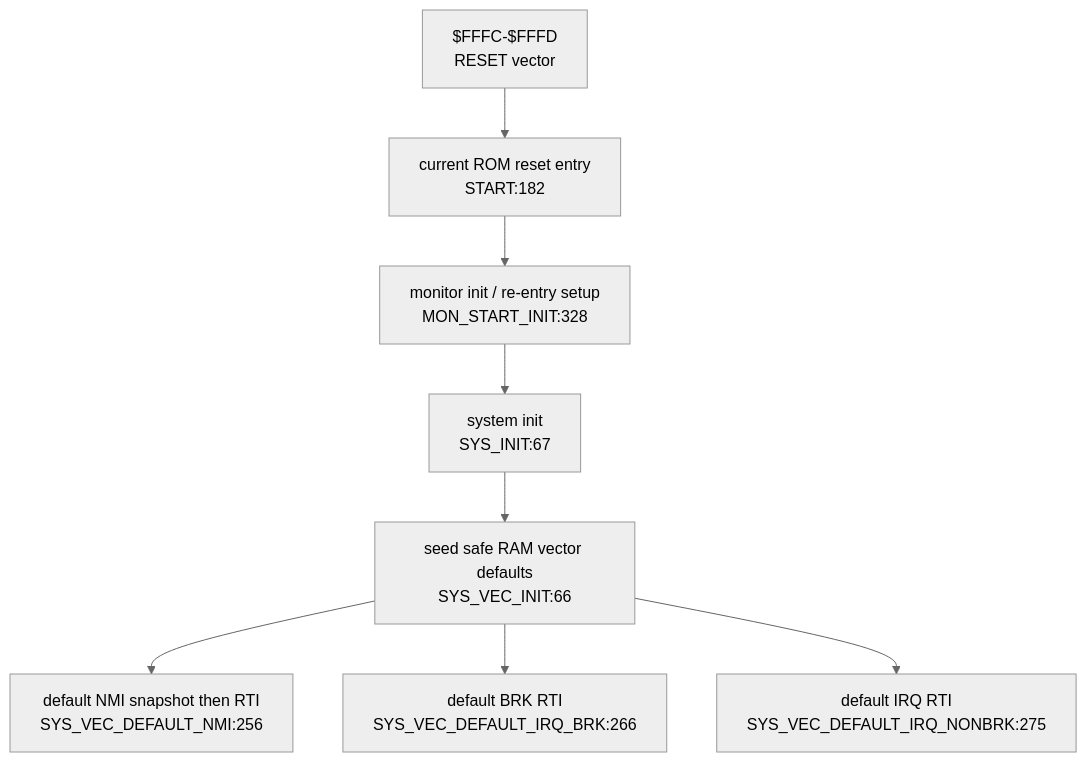
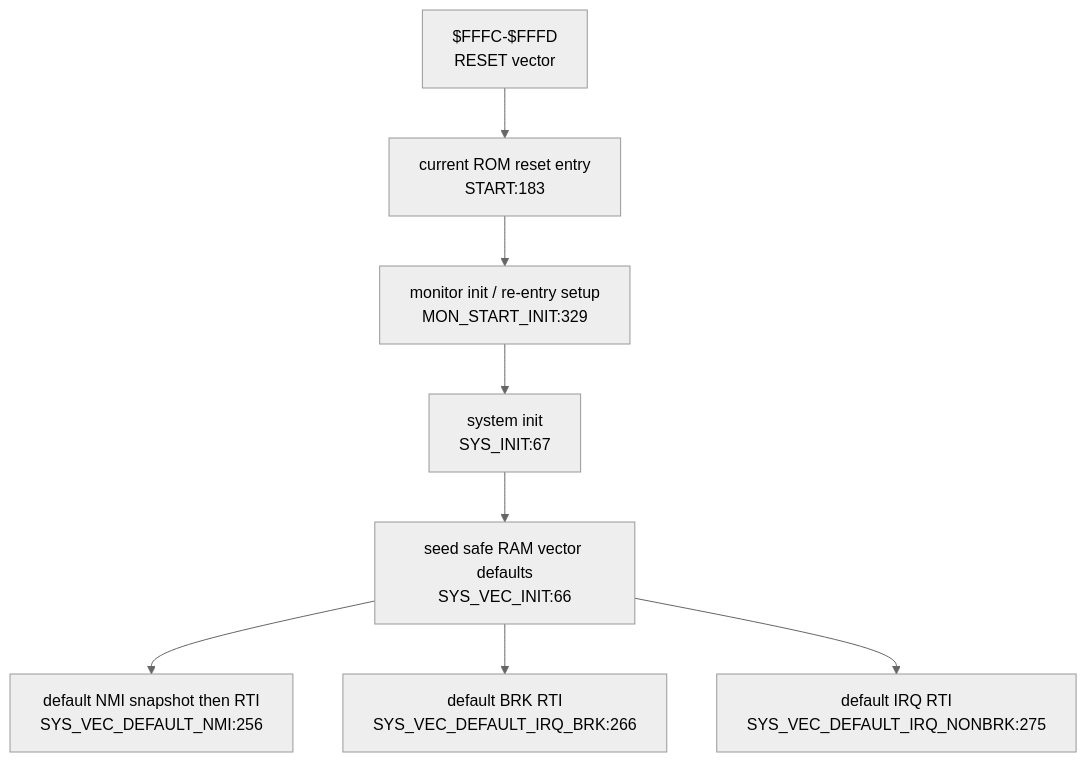
The second of 6 diagrams in DOC/GENERATED/INTERRUPT_VECTOR_MAP.md (95westus/R-YORS), drawn with Mermaid (neutral theme) before and after one commit. The commit also changed other lines of this file and 42 other files, not shown here.

````diff
--- a/DOC/GENERATED/INTERRUPT_VECTOR_MAP.md
+++ b/DOC/GENERATED/INTERRUPT_VECTOR_MAP.md
@@ -37,10 +37,10 @@
 ```mermaid
 flowchart TD
-    RESETV["$FFFC-$FFFD<br/>RESET vector"] --> STARTN["current ROM reset entry<br/>START:182"]
-    STARTN --> INIT["monitor init / re-entry setup<br/>MON_START_INIT:328"]
+    RESETV["$FFFC-$FFFD<br/>RESET vector"] --> STARTN["current ROM reset entry<br/>START:183"]
+    STARTN --> INIT["monitor init / re-entry setup<br/>MON_START_INIT:329"]
     INIT --> SYSINIT["system init<br/>SYS_INIT:67"]
     SYSINIT --> VECINIT["seed safe RAM vector defaults<br/>SYS_VEC_INIT:66"]
     VECINIT --> DEFNMI["default NMI snapshot then RTI<br/>SYS_VEC_DEFAULT_NMI:256"]
     VECINIT --> DEFBRK["default BRK RTI<br/>SYS_VEC_DEFAULT_IRQ_BRK:266"]
     VECINIT --> DEFIRQ["default IRQ RTI<br/>SYS_VEC_DEFAULT_IRQ_NONBRK:275"]
 ```
````
